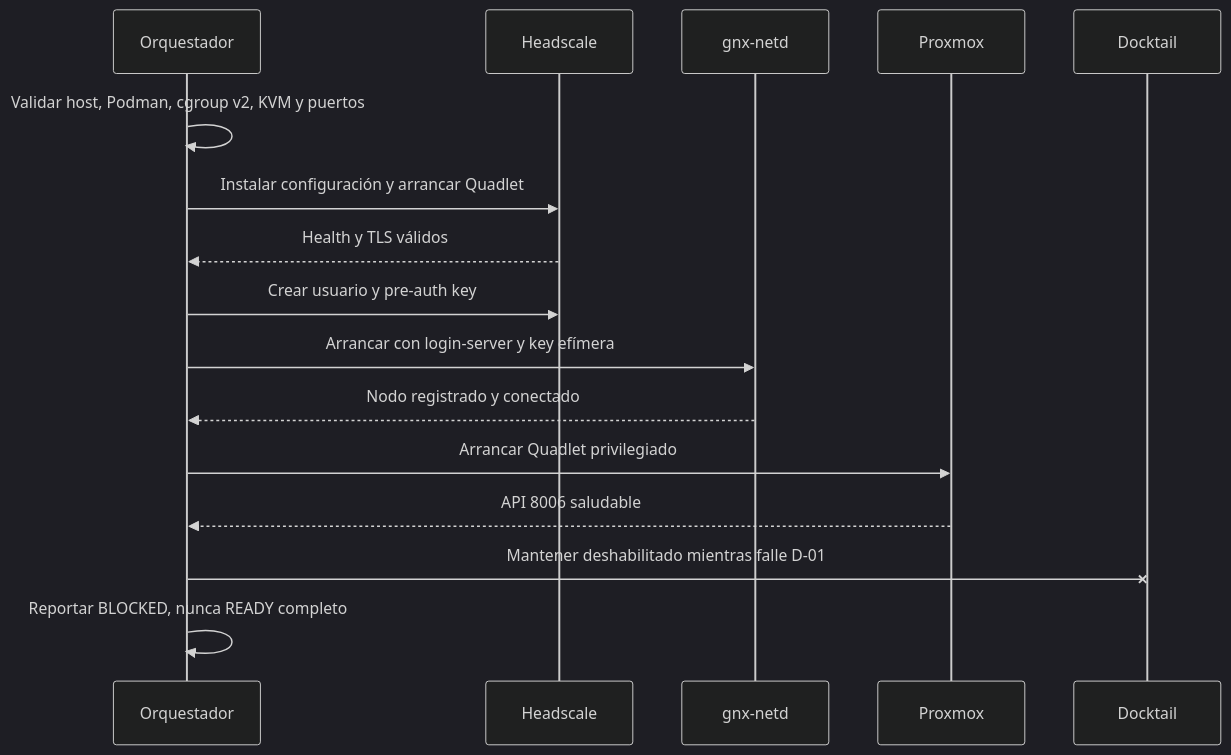
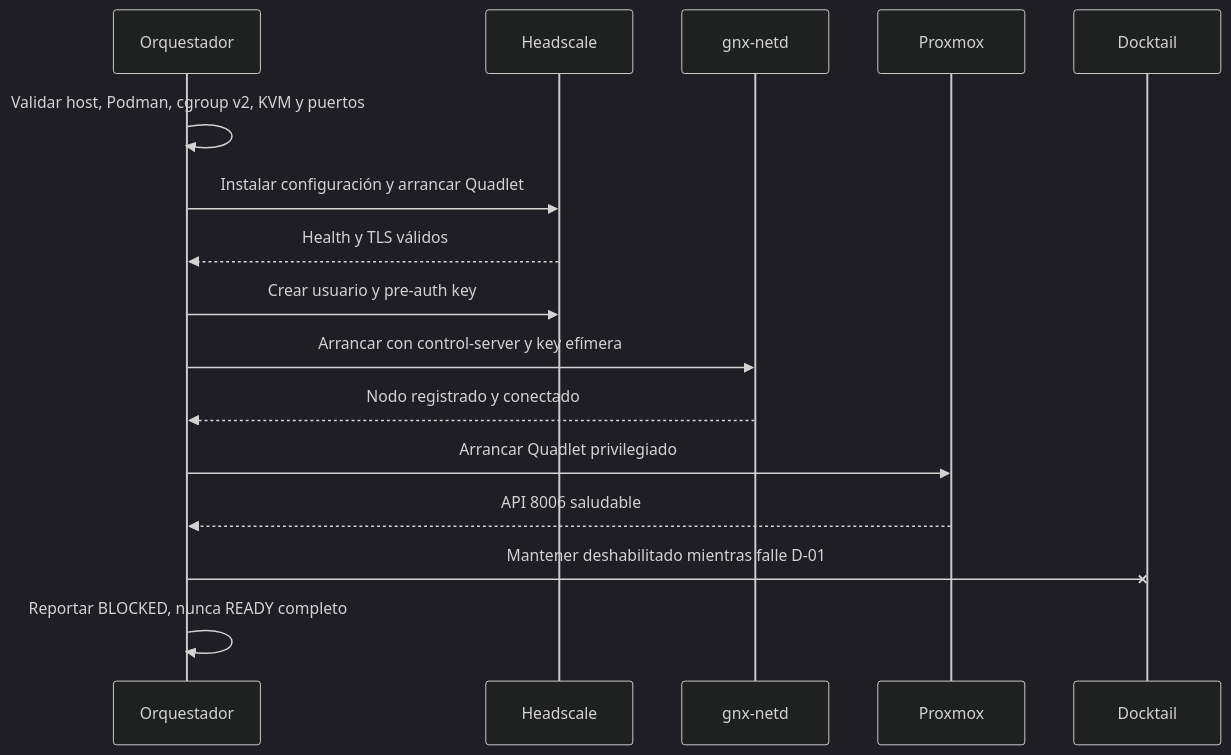
Before and after one commit to mayas-alas/quetzalcoatl: the third of 3 diagrams in docs/architecture.md, drawn with Mermaid (dark theme). The commit also changed other lines of this file and 3 other files, not shown here.

````diff
--- a/docs/architecture.md
+++ b/docs/architecture.md
@@ -109,19 +111,19 @@
 ```mermaid
 sequenceDiagram
     participant O as Orquestador
     participant H as Headscale
     participant T as gnx-netd
     participant P as Proxmox
     participant D as Docktail
 
     O->>O: Validar host, Podman, cgroup v2, KVM y puertos
     O->>H: Instalar configuración y arrancar Quadlet
     H-->>O: Health y TLS válidos
     O->>H: Crear usuario y pre-auth key
-    O->>T: Arrancar con login-server y key efímera
+    O->>T: Arrancar con control-server y key efímera
     T-->>O: Nodo registrado y conectado
     O->>P: Arrancar Quadlet privilegiado
     P-->>O: API 8006 saludable
     O-xD: Mantener deshabilitado mientras falle D-01
     O->>O: Reportar BLOCKED, nunca READY completo
 ```
````
